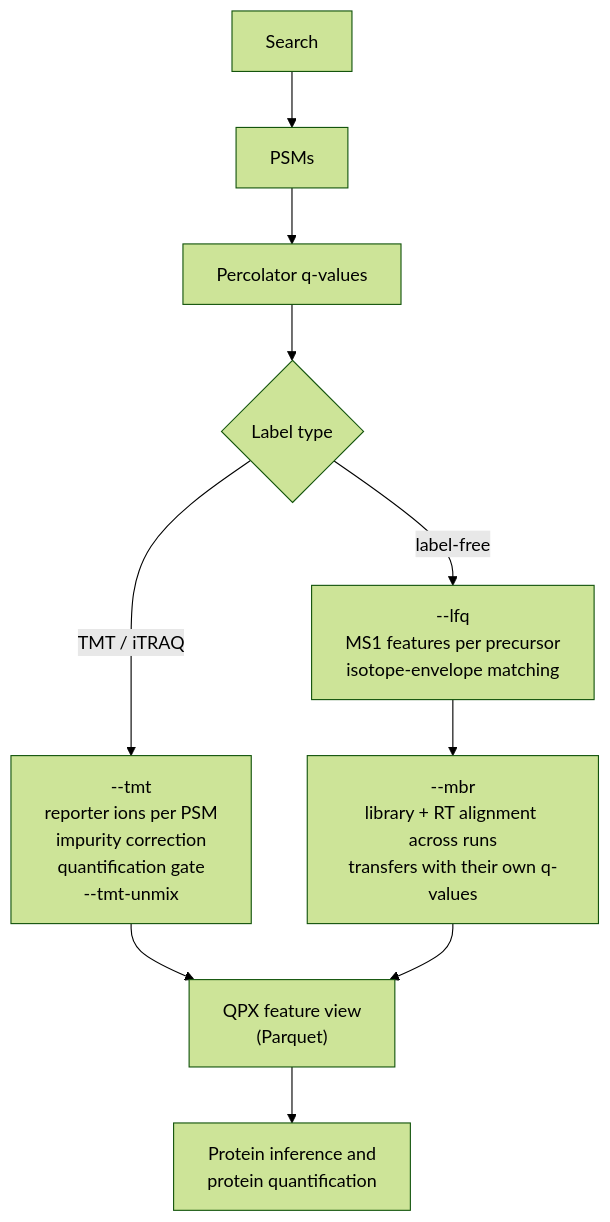
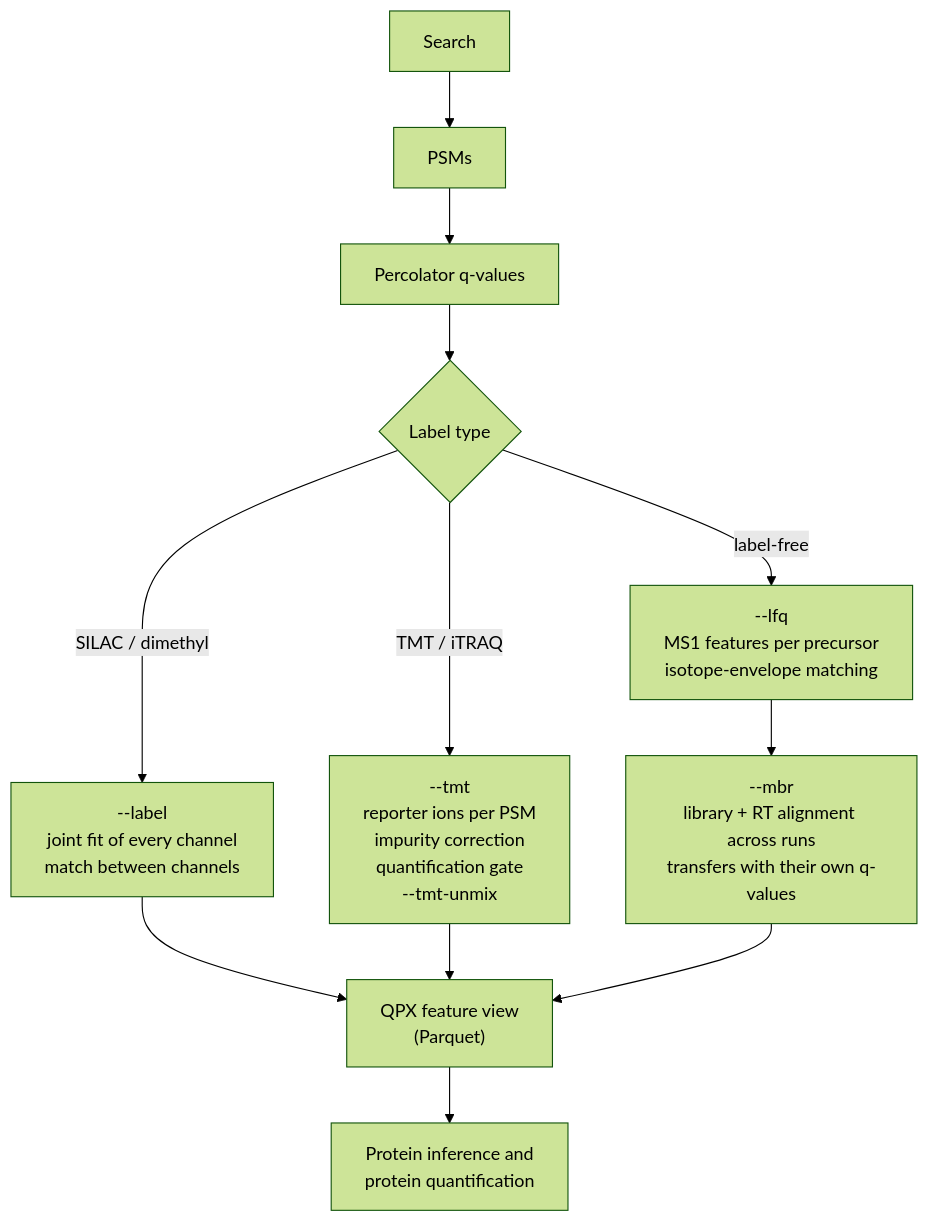
Before and after one commit to bigbio/andes: the diagram in website/pages/quantification.md, drawn with Mermaid (forest theme). The commit also changed other lines of this file and 13 other files, not shown here.

First line of the commit message:
--label: dimethyl triplex, chemical label atoms, sub-scan apex, Arg->Pro, docs

````diff
--- a/website/pages/quantification.md
+++ b/website/pages/quantification.md
@@ -7,12 +7,14 @@
 ```mermaid
 flowchart TD
     S["Search"] --> PIN["PSMs"]
     PIN --> PC["Percolator q-values"]
     PC --> L{"Label type"}
     L -->|"TMT / iTRAQ"| T["--tmt<br/>reporter ions per PSM<br/>impurity correction<br/>quantification gate<br/>--tmt-unmix"]
     L -->|"label-free"| F["--lfq<br/>MS1 features per precursor<br/>isotope-envelope matching"]
+    L -->|"SILAC / dimethyl"| LP["--label<br/>joint fit of every channel<br/>match between channels"]
+    LP --> O
     F --> M["--mbr<br/>library + RT alignment across runs<br/>transfers with their own q-values"]
     T --> O["QPX feature view<br/>(Parquet)"]
     M --> O
     O --> P["Protein inference and<br/>protein quantification"]
 ```
````
